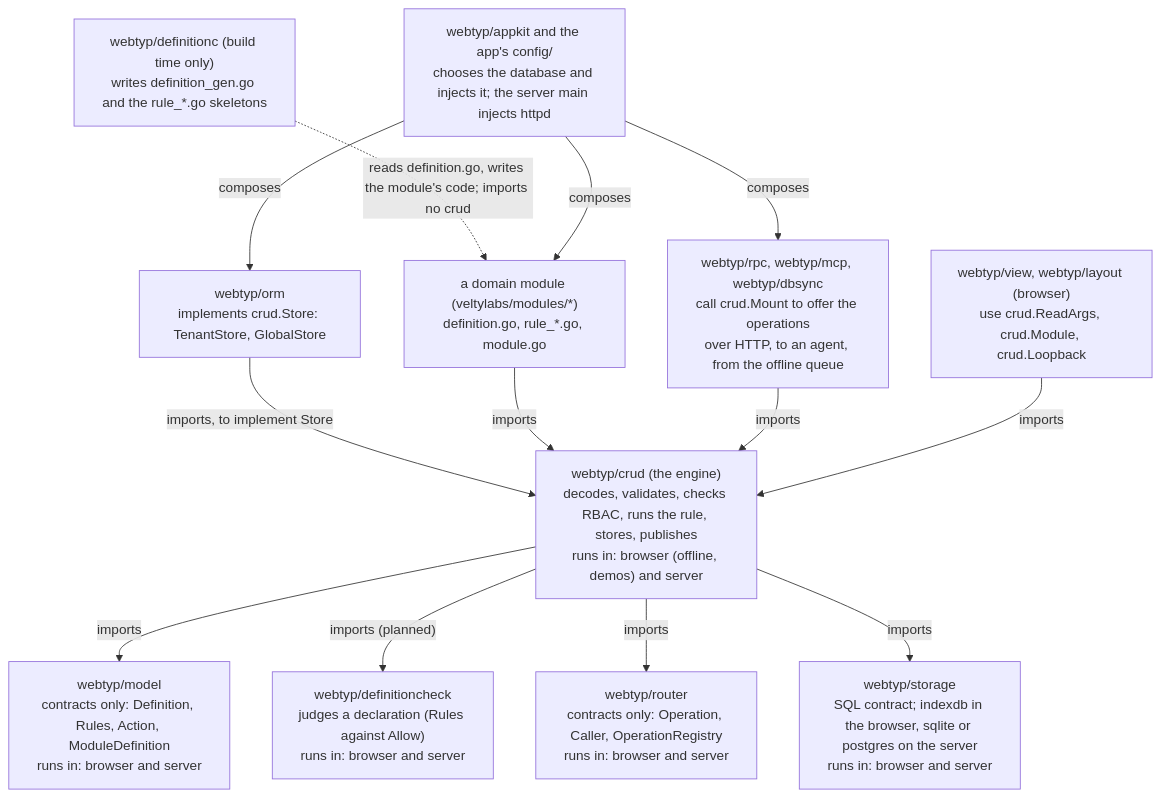
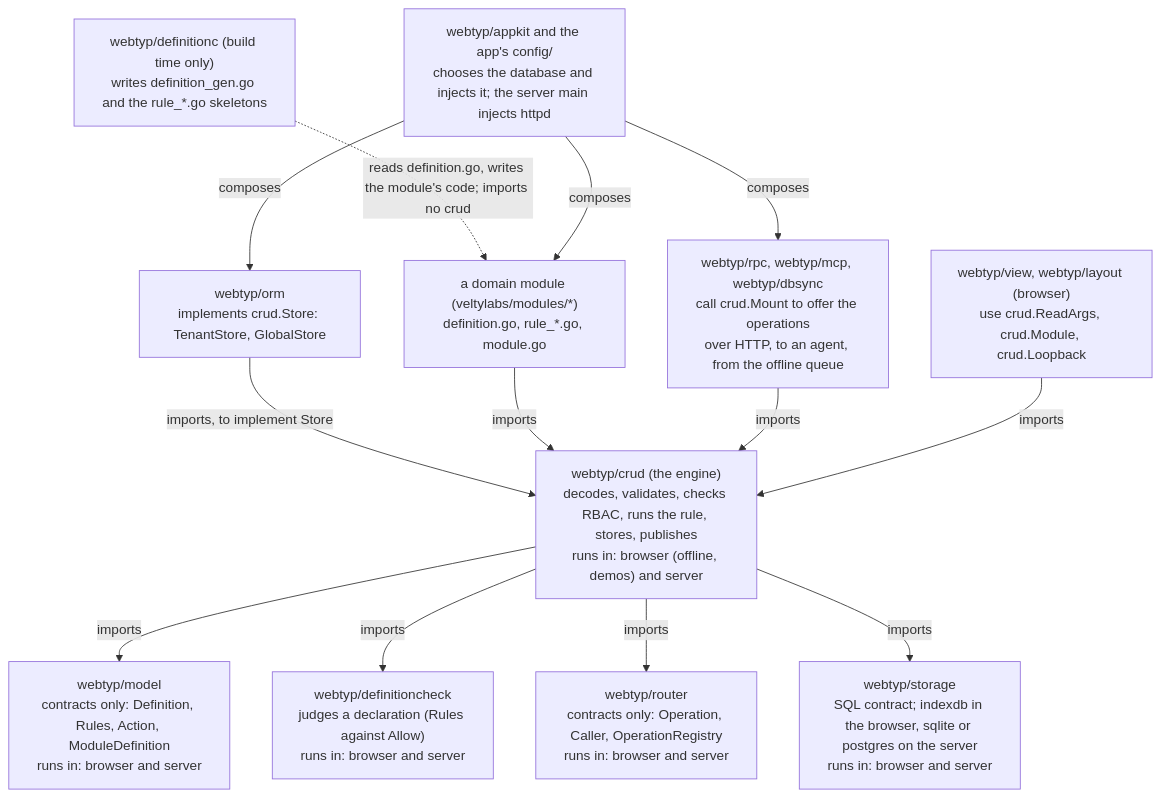
Before and after one commit to webtyp/crud: the diagram in docs/diagrams/PLACEMENT.md, drawn with Mermaid. The commit also changed 6 other files, not shown here.

Commit message:
docs: write flow

````diff
--- a/docs/diagrams/PLACEMENT.md
+++ b/docs/diagrams/PLACEMENT.md
@@ -6,27 +6,27 @@
 ```mermaid
 flowchart TD
     MODEL["webtyp/model<br/>contracts only: Definition, Rules, Action, ModuleDefinition<br/>runs in: browser and server"]
     CHECK["webtyp/definitioncheck<br/>judges a declaration (Rules against Allow)<br/>runs in: browser and server"]
     ROUTER["webtyp/router<br/>contracts only: Operation, Caller, OperationRegistry<br/>runs in: browser and server"]
     STORAGE["webtyp/storage<br/>SQL contract; indexdb in the browser, sqlite or postgres on the server<br/>runs in: browser and server"]
     CRUD["webtyp/crud (the engine)<br/>decodes, validates, checks RBAC, runs the rule, stores, publishes<br/>runs in: browser (offline, demos) and server"]
     ORM["webtyp/orm<br/>implements crud.Store: TenantStore, GlobalStore"]
     GEN["webtyp/definitionc (build time only)<br/>writes definition_gen.go and the rule_*.go skeletons"]
     MOD["a domain module (veltylabs/modules/*)<br/>definition.go, rule_*.go, module.go"]
     TRANS["webtyp/rpc, webtyp/mcp, webtyp/dbsync<br/>call crud.Mount to offer the operations<br/>over HTTP, to an agent, from the offline queue"]
     UI["webtyp/view, webtyp/layout (browser)<br/>use crud.ReadArgs, crud.Module, crud.Loopback"]
     APP["webtyp/appkit and the app's config/<br/>chooses the database and injects it; the server main injects httpd"]
 
     CRUD -- "imports" --> MODEL
-    CRUD -- "imports (planned)" --> CHECK
+    CRUD -- "imports" --> CHECK
     CRUD -- "imports" --> ROUTER
     CRUD -- "imports" --> STORAGE
     ORM -- "imports, to implement Store" --> CRUD
     MOD -- "imports" --> CRUD
     GEN -. "reads definition.go, writes the module's code; imports no crud" .-> MOD
     TRANS -- "imports" --> CRUD
     UI -- "imports" --> CRUD
     APP -- "composes" --> TRANS
     APP -- "composes" --> ORM
     APP -- "composes" --> MOD
 ```
````
